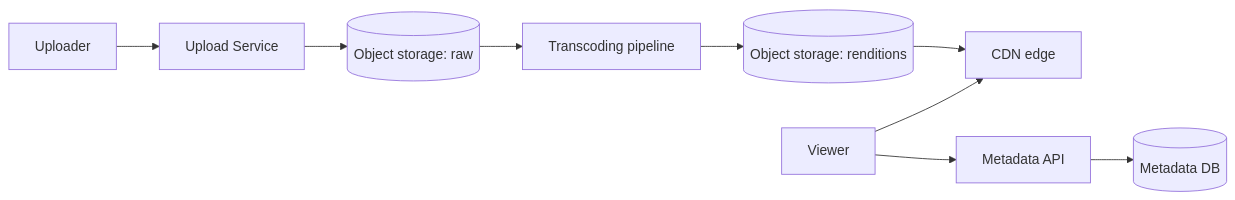
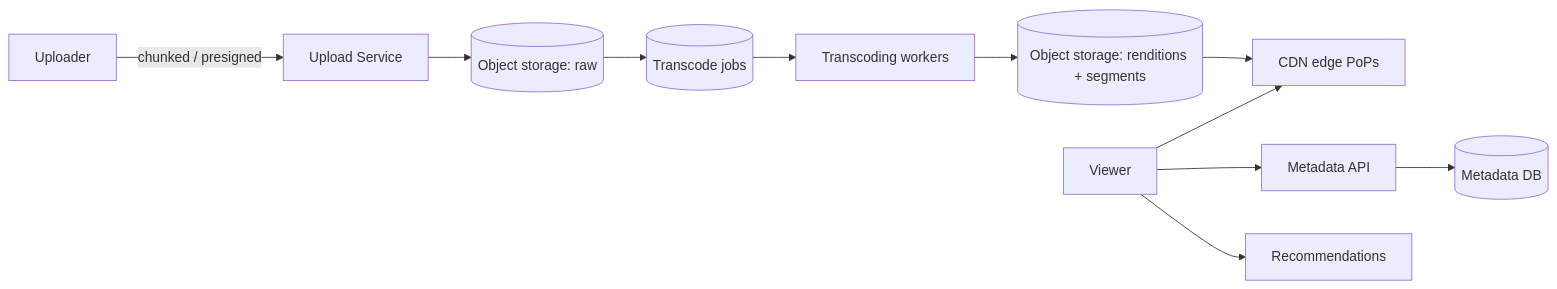
One commit to hiepgithub2001/swedocs changed the first of 2 diagrams in system-design/2-case-studies/video-streaming.md. Above: the diagram before and after it, drawn with Mermaid. The commit also changed other lines of this file and 12 other files, not shown here.

Commit message:
Expand all 13 case studies with deeper detail (clarifying Qs, estimation math, schemas, more deep dives & diagrams)

````diff
--- a/system-design/2-case-studies/video-streaming.md
+++ b/system-design/2-case-studies/video-streaming.md
@@ -21,9 +30,11 @@
 ```mermaid
 flowchart LR
-    Up[Uploader] --> US[Upload Service] --> Raw[(Object storage: raw)]
-    Raw --> TC[Transcoding pipeline]
-    TC --> Enc[(Object storage: renditions)]
-    Enc --> CDN[CDN edge]
+    Up[Uploader] -->|chunked / presigned| US[Upload Service] --> Raw[(Object storage: raw)]
+    Raw --> TQ[(Transcode jobs)]
+    TQ --> TW[Transcoding workers]
+    TW --> Enc[(Object storage: renditions + segments)]
+    Enc --> CDN[CDN edge PoPs]
     Viewer --> CDN
-    Viewer --> MetaAPI[Metadata API] --> MetaDB[(Metadata DB)]
+    Viewer --> Meta[Metadata API] --> MetaDB[(Metadata DB)]
+    Viewer --> Rec[Recommendations]
 ```
````
